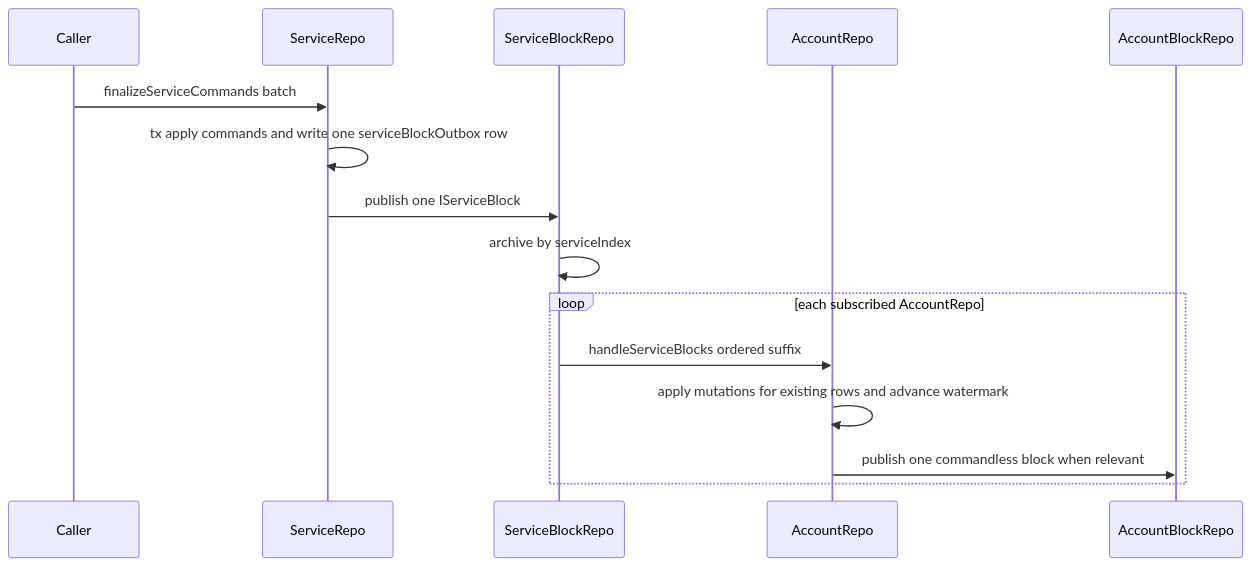
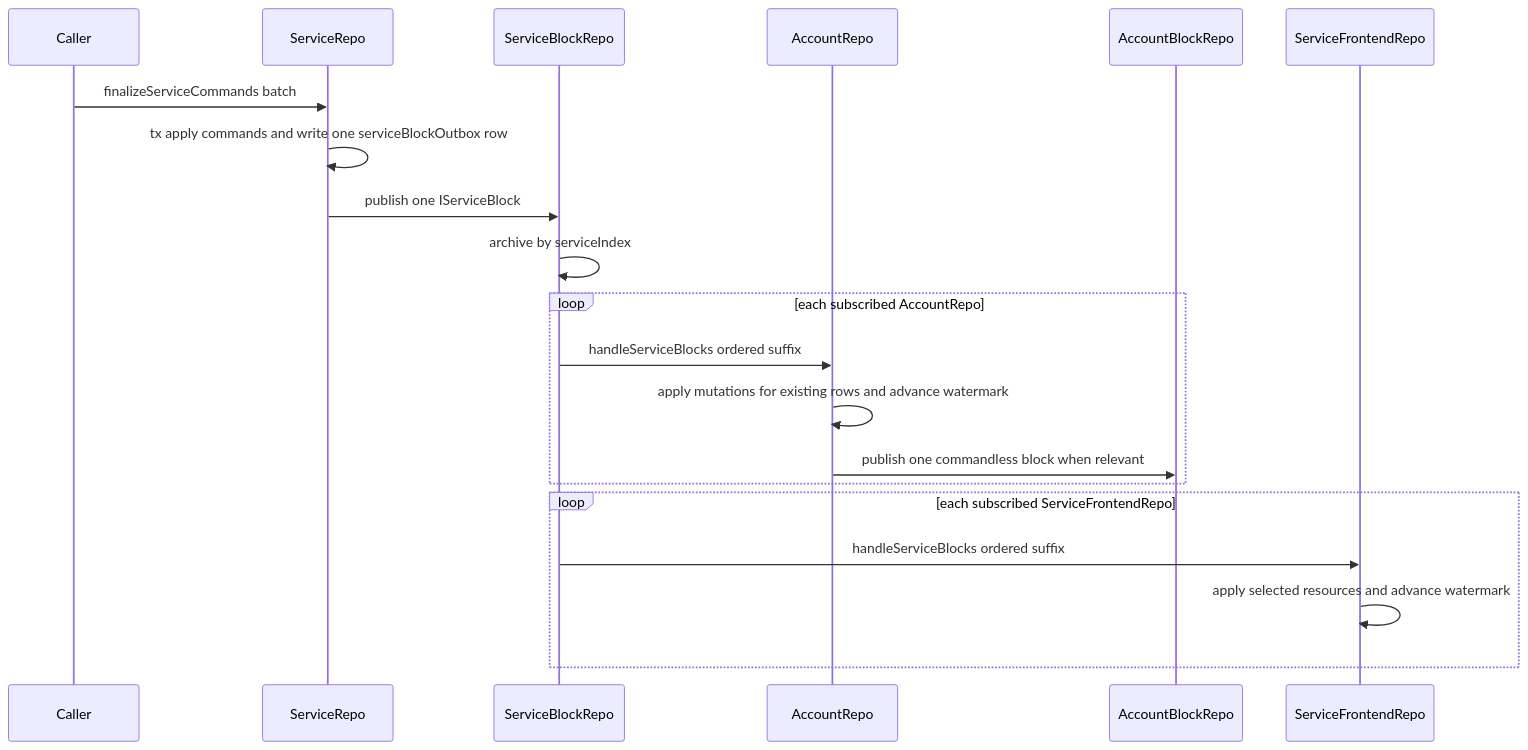
One commit to morgs32/qrk.sh changed the fifth of 6 diagrams in wiki/architecture/Blockchain.md. Above: the diagram before and after it, drawn with Mermaid. The commit also changed other lines of this file and 469 other files, not shown here.

````diff
--- a/wiki/architecture/Blockchain.md
+++ b/wiki/architecture/Blockchain.md
@@ -745,18 +861,23 @@
 ```mermaid
 sequenceDiagram
   participant Caller
   participant ServiceRepo
   participant ServiceBlockRepo
   participant AccountRepo
   participant AccountBlockRepo
+  participant ServiceFrontendRepo
 
   Caller->>ServiceRepo: finalizeServiceCommands batch
   ServiceRepo->>ServiceRepo: tx apply commands and write one serviceBlockOutbox row
   ServiceRepo->>ServiceBlockRepo: publish one IServiceBlock
   ServiceBlockRepo->>ServiceBlockRepo: archive by serviceIndex
   loop each subscribed AccountRepo
     ServiceBlockRepo->>AccountRepo: handleServiceBlocks ordered suffix
     AccountRepo->>AccountRepo: apply mutations for existing rows and advance watermark
     AccountRepo->>AccountBlockRepo: publish one commandless block when relevant
   end
+  loop each subscribed ServiceFrontendRepo
+    ServiceBlockRepo->>ServiceFrontendRepo: handleServiceBlocks ordered suffix
+    ServiceFrontendRepo->>ServiceFrontendRepo: apply selected resources and advance watermark
+  end
 ```
````
